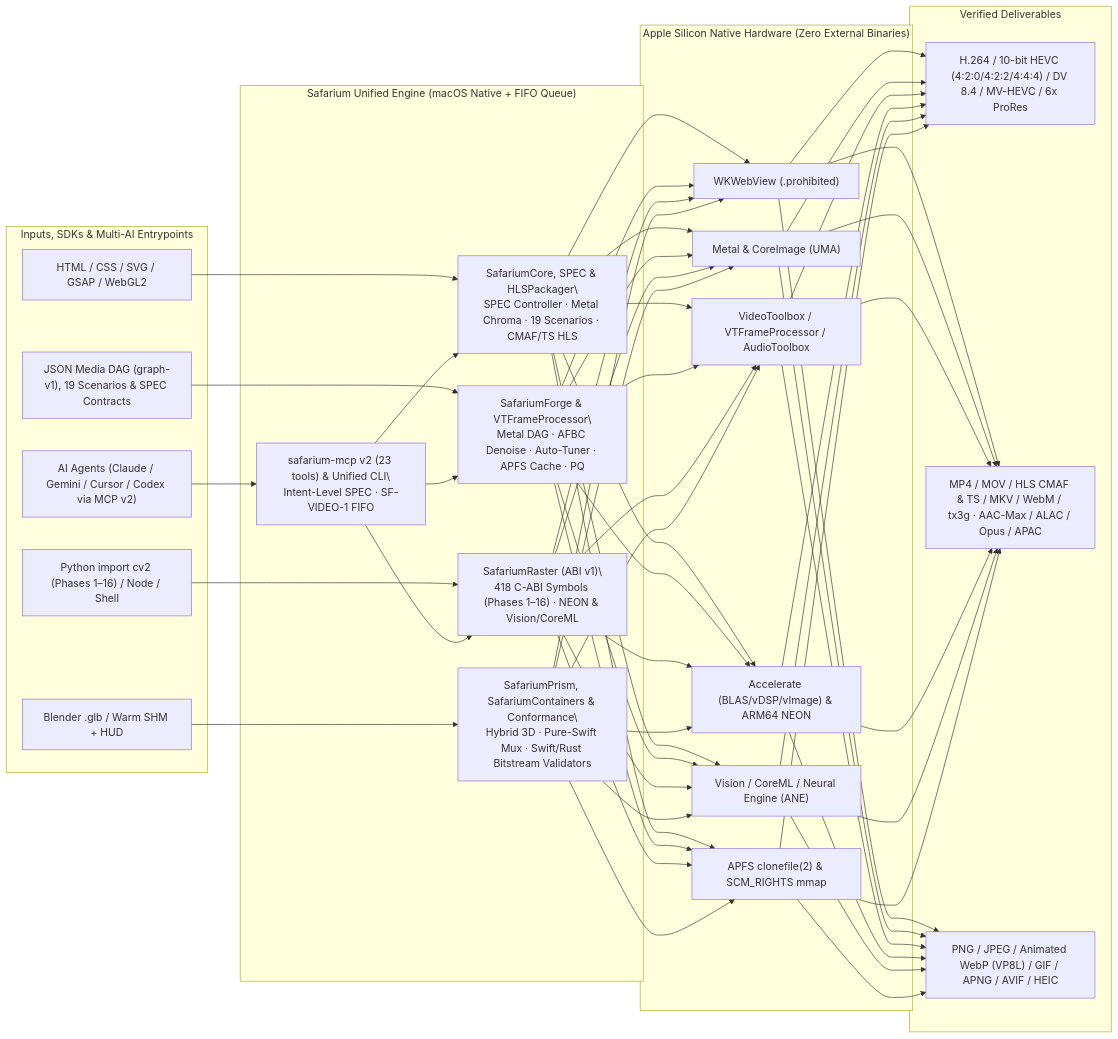
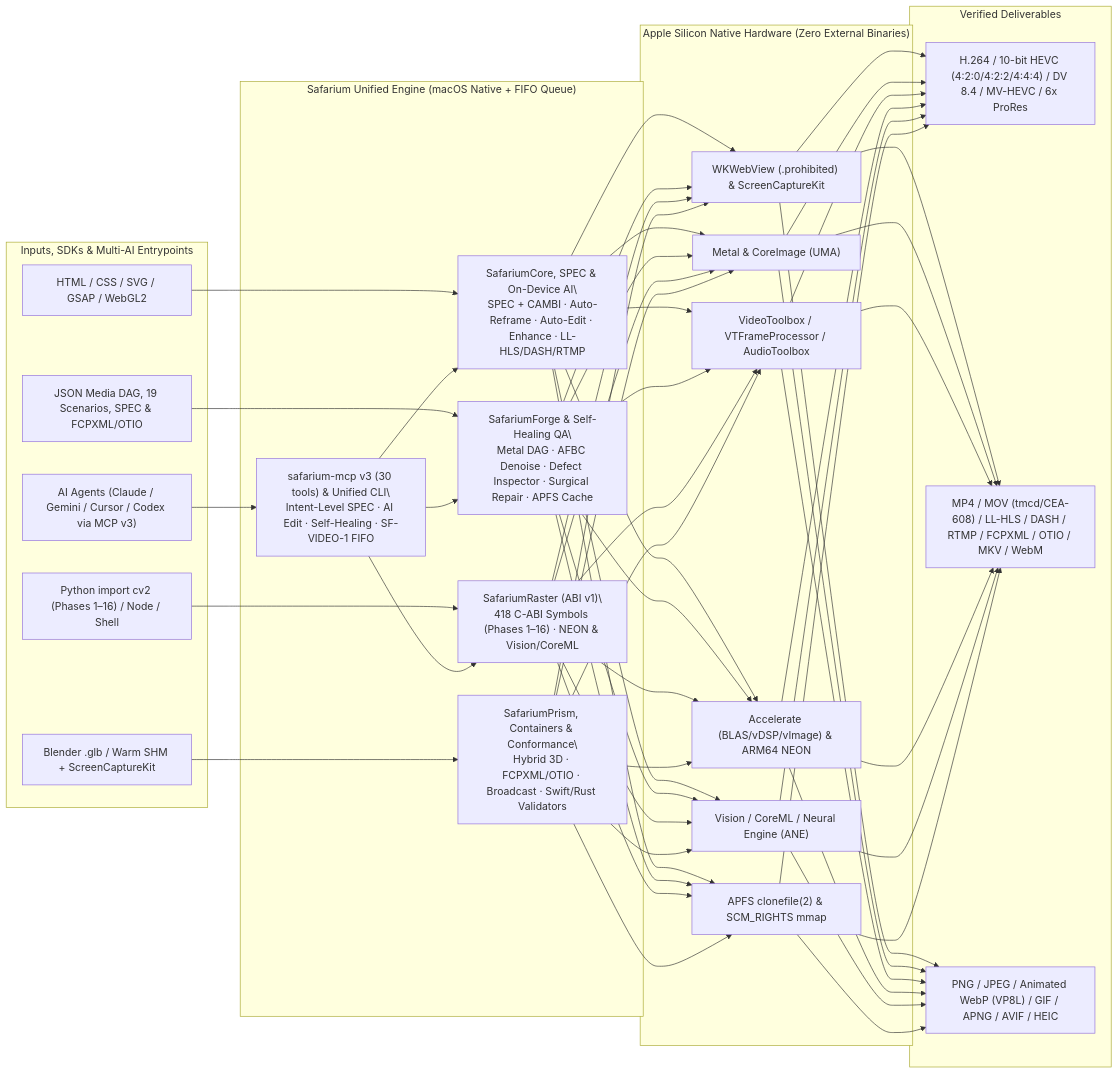
The diagram in README.md (sanookai/Safarium), drawn with Mermaid before and after one commit. The commit also changed other lines of this file and 29 other files, not shown here.

Commit message:
feat(waves15-18): on-device AI editing, LL-HLS/DASH/RTMP, ScreenCaptureKit, FCPXML/OTIO, Broadcast, Self-Healing QA & MCP v3 (30 tools)

````diff
--- a/README.md
+++ b/README.md
@@ -263,41 +290,41 @@
 ```mermaid
 flowchart LR
     subgraph Inputs["Inputs, SDKs & Multi-AI Entrypoints"]
         I1["HTML / CSS / SVG / GSAP / WebGL2"]
-        I2["JSON Media DAG (graph-v1), 19 Scenarios & SPEC Contracts"]
+        I2["JSON Media DAG, 19 Scenarios, SPEC & FCPXML/OTIO"]
         I3["Python import cv2 (Phases 1–16) / Node / Shell"]
-        I4["Blender .glb / Warm SHM + HUD"]
-        I5["AI Agents (Claude / Gemini / Cursor / Codex via MCP v2)"]
+        I4["Blender .glb / Warm SHM + ScreenCaptureKit"]
+        I5["AI Agents (Claude / Gemini / Cursor / Codex via MCP v3)"]
     end
 
     subgraph Core["Safarium Unified Engine (macOS Native + FIFO Queue)"]
-        C0["safarium-mcp v2 (23 tools) & Unified CLI\\nIntent-Level SPEC · SF-VIDEO-1 FIFO"]
-        C1["SafariumCore, SPEC & HLSPackager\\nSPEC Controller · Metal Chroma · 19 Scenarios · CMAF/TS HLS"]
-        C2["SafariumForge & VTFrameProcessor\\nMetal DAG · AFBC Denoise · Auto-Tuner · APFS Cache · PQ"]
+        C0["safarium-mcp v3 (30 tools) & Unified CLI\\nIntent-Level SPEC · AI Edit · Self-Healing · SF-VIDEO-1 FIFO"]
+        C1["SafariumCore, SPEC & On-Device AI\\nSPEC + CAMBI · Auto-Reframe · Auto-Edit · Enhance · LL-HLS/DASH/RTMP"]
+        C2["SafariumForge & Self-Healing QA\\nMetal DAG · AFBC Denoise · Defect Inspector · Surgical Repair · APFS Cache"]
         C3["SafariumRaster (ABI v1)\\n418 C-ABI Symbols (Phases 1–16) · NEON & Vision/CoreML"]
-        C4["SafariumPrism, SafariumContainers & Conformance\\nHybrid 3D · Pure-Swift Mux · Swift/Rust Bitstream Validators"]
+        C4["SafariumPrism, Containers & Conformance\\nHybrid 3D · FCPXML/OTIO · Broadcast · Swift/Rust Validators"]
     end
 
     subgraph Apple["Apple Silicon Native Hardware (Zero External Binaries)"]
-        A1["WKWebView (.prohibited)"]
+        A1["WKWebView (.prohibited) & ScreenCaptureKit"]
         A2["Metal & CoreImage (UMA)"]
         A3["VideoToolbox / VTFrameProcessor / AudioToolbox"]
         A4["Accelerate (BLAS/vDSP/vImage) & ARM64 NEON"]
         A5["Vision / CoreML / Neural Engine (ANE)"]
         A6["APFS clonefile(2) & SCM_RIGHTS mmap"]
     end
 
     subgraph Outputs["Verified Deliverables"]
         O1["H.264 / 10-bit HEVC (4:2:0/4:2:2/4:4:4) / DV 8.4 / MV-HEVC / 6x ProRes"]
-        O2["MP4 / MOV / HLS CMAF & TS / MKV / WebM / tx3g · AAC-Max / ALAC / Opus / APAC"]
+        O2["MP4 / MOV (tmcd/CEA-608) / LL-HLS / DASH / RTMP / FCPXML / OTIO / MKV / WebM"]
         O3["PNG / JPEG / Animated WebP (VP8L) / GIF / APNG / AVIF / HEIC"]
     end
 
     I5 --> C0
     I1 & C0 --> C1
     I2 & C0 --> C2
     I3 & C0 --> C3
     I4 --> C4
     C1 & C2 & C3 & C4 --> A1 & A2 & A3 & A4 & A5 & A6
     A1 & A2 & A3 & A4 & A5 & A6 --> O1 & O2 & O3
 ```
````
